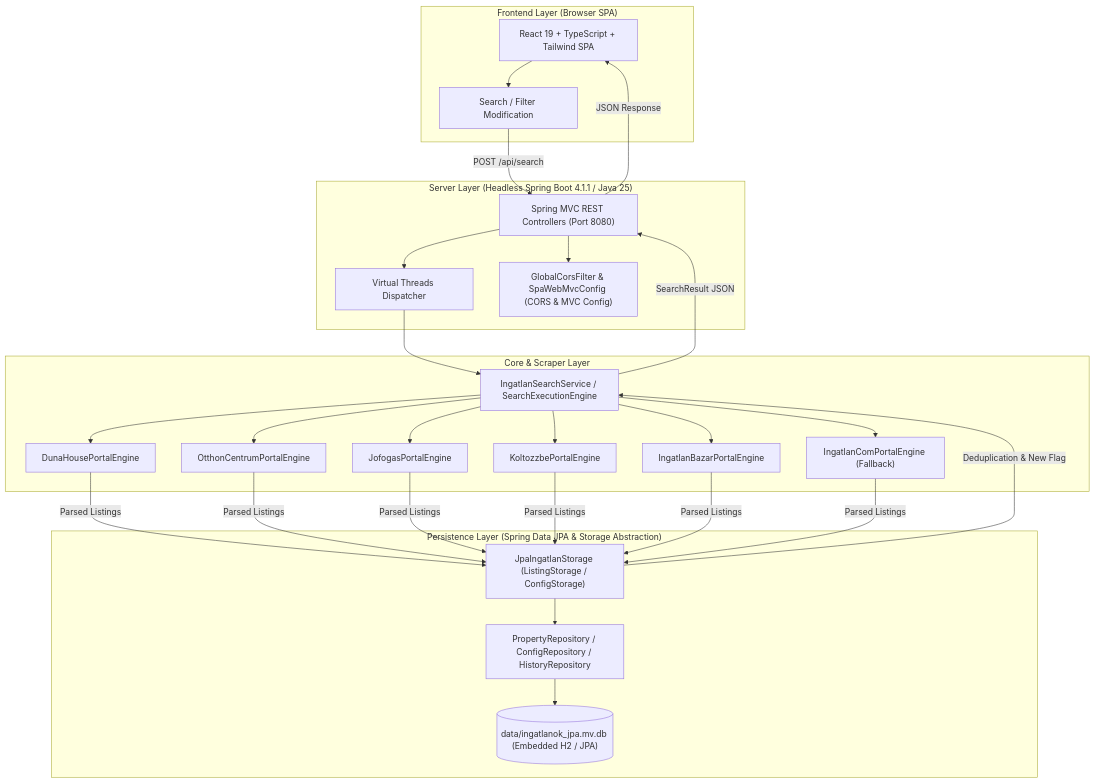
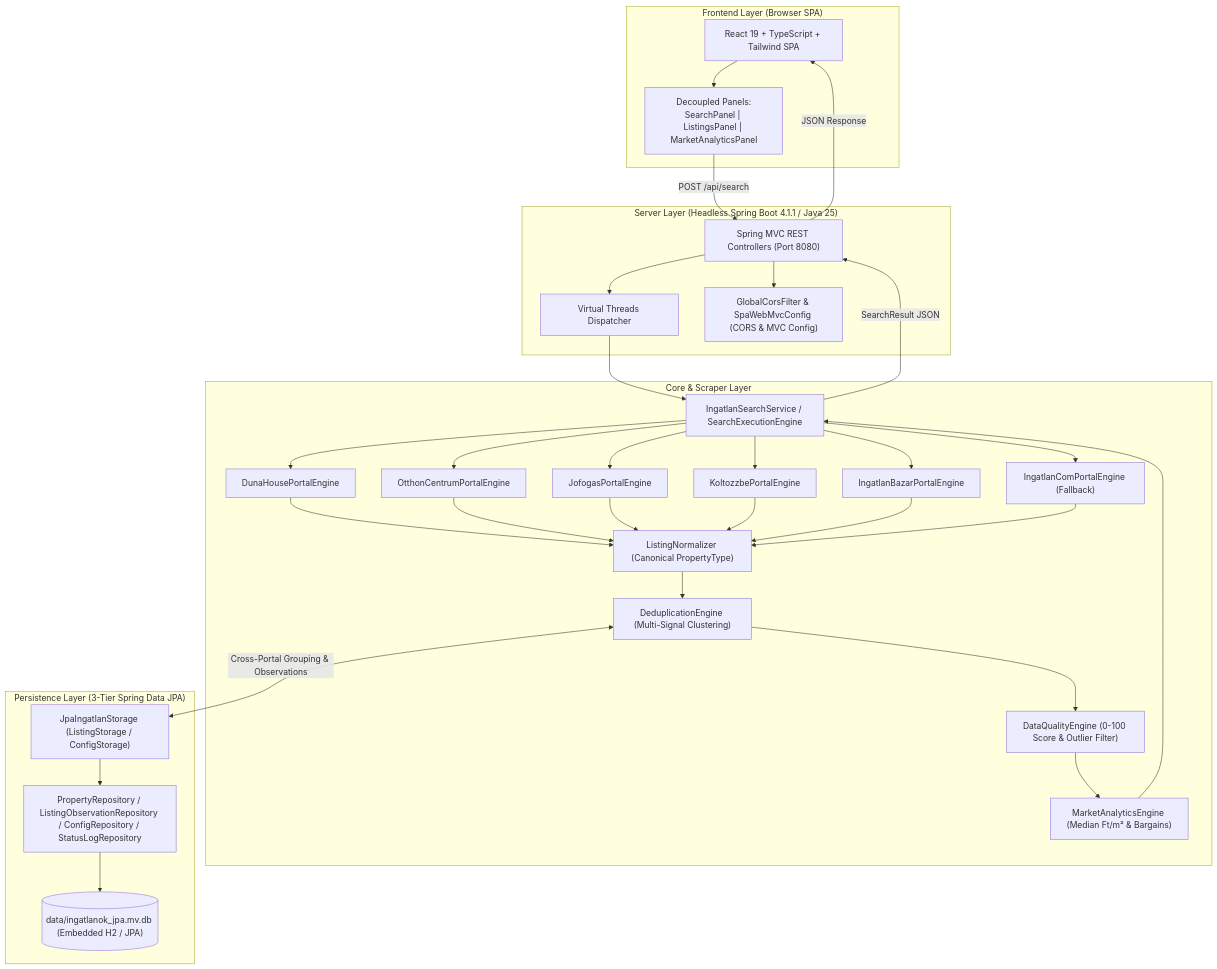
Before and after one commit to Luxeonn/ingatlan-kereso: the diagram in gemini.md, drawn with Mermaid. The commit also changed other lines of this file and 2 other files, not shown here.

Commit message:
docs: update system architecture, package structure, and user documentation for backlog consolidation

````diff
--- a/gemini.md
+++ b/gemini.md
@@ -13,43 +13,51 @@
 ```mermaid
 flowchart TD
     subgraph UI ["Frontend Layer (Browser SPA)"]
         SPA["React 19 + TypeScript + Tailwind SPA"]
-        Event["Search / Filter Modification"]
-        SPA --> Event
+        Panels["Decoupled Panels:\nSearchPanel | ListingsPanel | MarketAnalyticsPanel"]
+        SPA --> Panels
     end
 
     subgraph Server ["Server Layer (Headless Spring Boot 4.1.1 / Java 25)"]
         HTTP["Spring MVC REST Controllers (Port 8080)"]
         VThread["Virtual Threads Dispatcher"]
         Cors["GlobalCorsFilter & SpaWebMvcConfig (CORS & MVC Config)"]
         HTTP --> VThread
         HTTP --> Cors
     end
 
     subgraph Service ["Core & Scraper Layer"]
         Orchestrator["IngatlanSearchService / SearchExecutionEngine"]
+        Normalizer["ListingNormalizer (Canonical PropertyType)"]
         P1["DunaHousePortalEngine"]
         P2["OtthonCentrumPortalEngine"]
         P3["JofogasPortalEngine"]
         P4["KoltozzbePortalEngine"]
         P5["IngatlanBazarPortalEngine"]
         P6["IngatlanComPortalEngine (Fallback)"]
+        Quality["DataQualityEngine (0-100 Score & Outlier Filter)"]
+        Analytics["MarketAnalyticsEngine (Median Ft/m² & Bargains)"]
+        Dedup["DeduplicationEngine (Multi-Signal Clustering)"]
         
         Orchestrator --> P1 & P2 & P3 & P4 & P5 & P6
+        P1 & P2 & P3 & P4 & P5 & P6 --> Normalizer
+        Normalizer --> Dedup
+        Dedup --> Quality
+        Quality --> Analytics
     end
 
-    subgraph Persistence ["Persistence Layer (Spring Data JPA & Storage Abstraction)"]
+    subgraph Persistence ["Persistence Layer (3-Tier Spring Data JPA)"]
         Storage["JpaIngatlanStorage (ListingStorage / ConfigStorage)"]
-        Repo["PropertyRepository / ConfigRepository / HistoryRepository"]
+        Repo["PropertyRepository / ListingObservationRepository / ConfigRepository / StatusLogRepository"]
         H2[("data/ingatlanok_jpa.mv.db (Embedded H2 / JPA)")]
         
         Storage --> Repo --> H2
     end
 
-    Event -->|POST /api/search| HTTP
+    Panels -->|POST /api/search| HTTP
     VThread --> Orchestrator
-    P1 & P2 & P3 & P4 & P5 & P6 -->|Parsed Listings| Storage
-    Storage -->|Deduplication & New Flag| Orchestrator
+    Dedup <-->|Cross-Portal Grouping & Observations| Storage
+    Analytics --> Orchestrator
     Orchestrator -->|SearchResult JSON| HTTP
     HTTP -->|JSON Response| SPA
 ```
````
